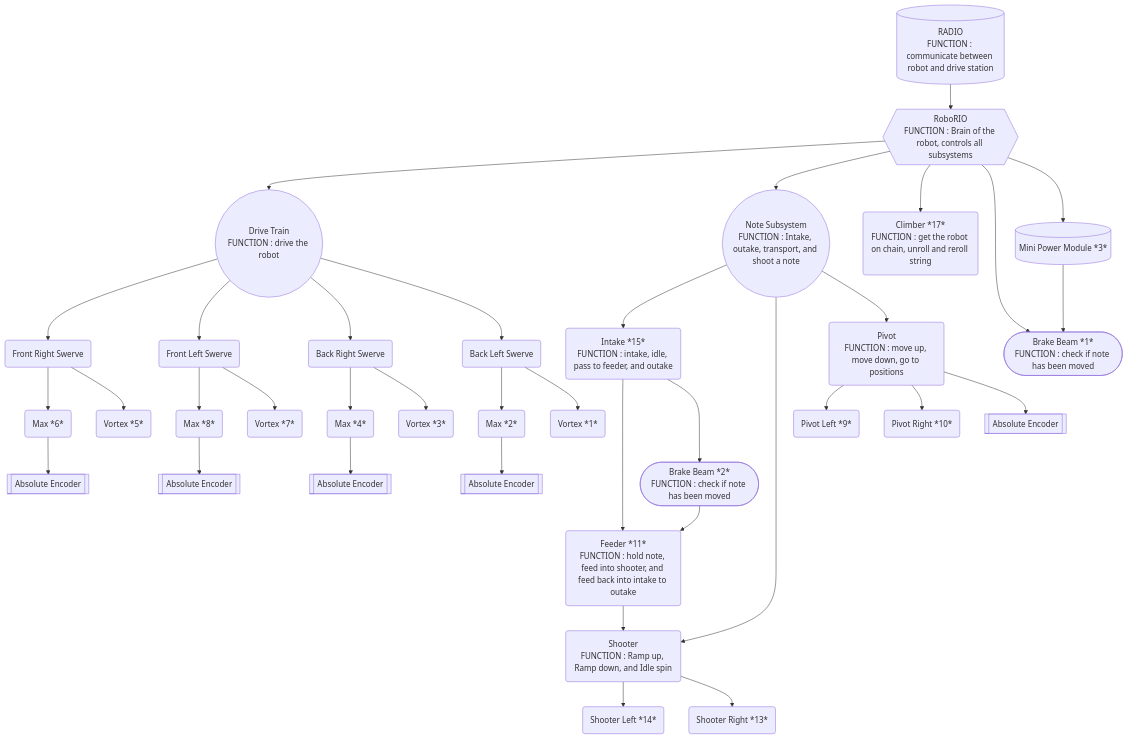
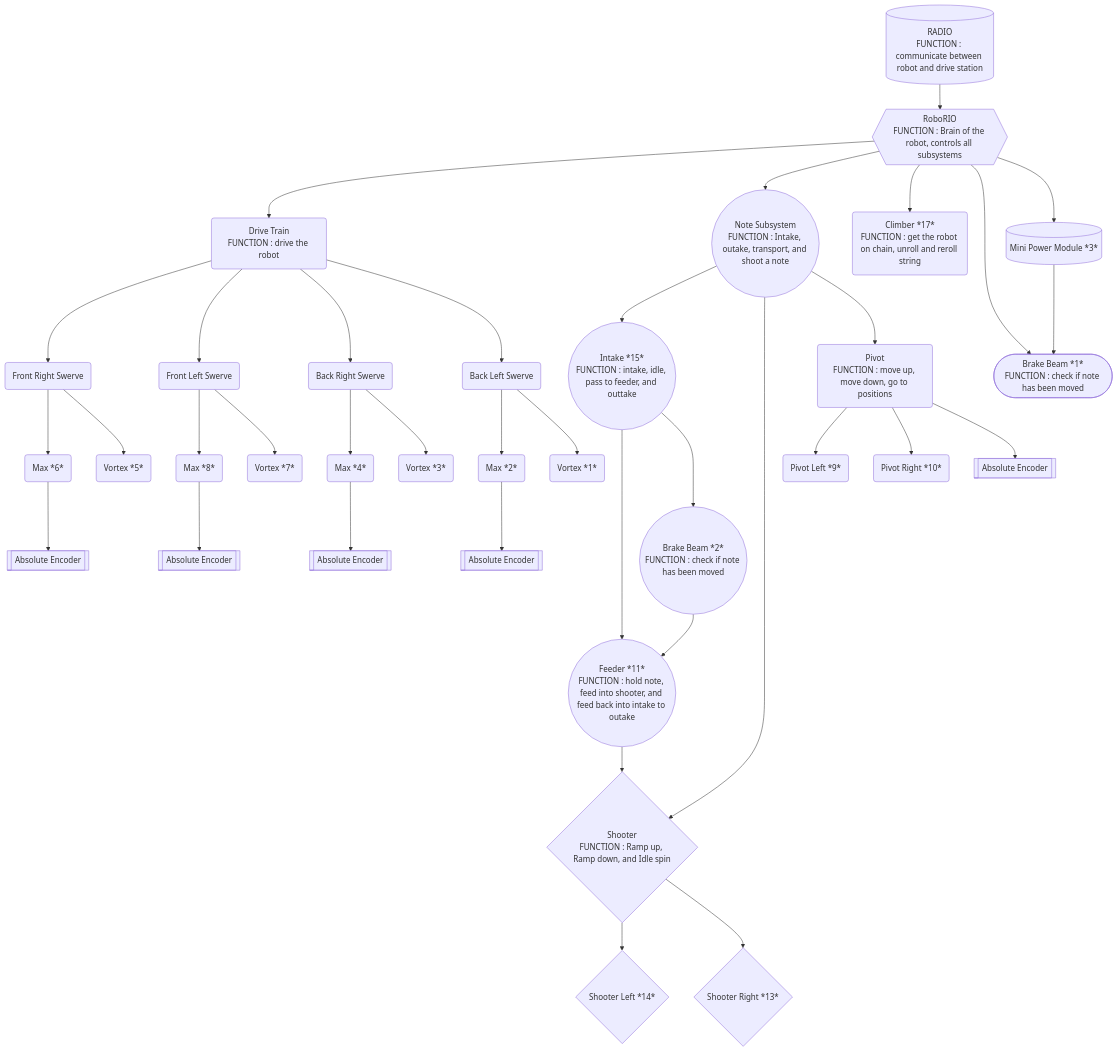
The diagram in tony_graphs.md (richardson-area-wide-robotics/Frc24-Crescendo-1745-OffSeason-AdvantageKit), drawn with Mermaid before and after one commit.

Commit message:
Group stuff

````diff
--- a/tony_graphs.md
+++ b/tony_graphs.md
@@ -1,49 +1,49 @@
 ```mermaid
 graph TD;
     RoboRIO{{RoboRIO
 FUNCTION : Brain of the robot, controls all subsystems}}-->DriveTrain;
-    DriveTrain((Drive Train
-FUNCTION : drive the robot ));
+    DriveTrain(Drive Train
+FUNCTION : drive the robot );
     RoboRIO-->NoteSubsystem((Note Subsystem
 FUNCTION : Intake, outake, transport, and shoot a note));
-    NoteSubsystem-->IntakeSystem(Intake *15*
-FUNCTION : intake, idle, pass to feeder, and outake);
-    NoteSubsystem-->ShooterSystem(Shooter
-FUNCTION : Ramp up, Ramp down, and Idle spin);
-    ShooterSystem-->ShooterLeft(Shooter Left *14*);
-    ShooterSystem-->ShooterRight(Shooter Right *13*);
+    NoteSubsystem-->IntakeSystem((Intake *15*
+FUNCTION : intake, idle, pass to feeder, and outtake));
+    NoteSubsystem-->ShooterSystem{Shooter
+FUNCTION : Ramp up, Ramp down, and Idle spin};
+    ShooterSystem-->ShooterLeft{Shooter Left *14*};
+    ShooterSystem-->ShooterRight{Shooter Right *13*};
     RoboRIO-->ClimberSystem(Climber *17*
 FUNCTION : get the robot on chain, unroll and reroll string);
-    IntakeSystem-->FeederSystem(Feeder *11*
-FUNCTION : hold note, feed into shooter, and feed back into intake to outake)-->ShooterSystem;
+    IntakeSystem-->FeederSystem((Feeder *11*
+FUNCTION : hold note, feed into shooter, and feed back into intake to outake))-->ShooterSystem;
     NoteSubsystem-->PivotSystem(Pivot
 FUNCTION : move up, move down, go to positions);
     PivotSystem-->PivotLeft(Pivot Left *9*);
     PivotSystem-->PivotRight(Pivot Right *10*);
     DriveTrain-->FrontRightSwerve(Front Right Swerve);
     DriveTrain-->FrontLeftSwerve(Front Left Swerve);
     DriveTrain-->BackRightSwerve(Back Right Swerve);
     DriveTrain-->BackLeftSwerve(Back Left Swerve);
     FrontRightSwerve-->MaxFR(Max *6*);
     FrontLeftSwerve-->MaxFL(Max *8*);
     BackRightSwerve-->MaxBR(Max *4*);
     BackLeftSwerve-->MaxBL(Max *2*);
     FrontRightSwerve-->VortexFR(Vortex *5*);
     FrontLeftSwerve-->VortexFL(Vortex *7*);
     BackRightSwerve-->VortexBR(Vortex *3*);
     BackLeftSwerve-->VortexBL(Vortex *1*);
     MaxFR-->EncoderFR[[Absolute Encoder]];
     MaxFL-->EncoderFL[[Absolute Encoder]];
     MaxBR-->EncoderBR[[Absolute Encoder]];
     MaxBL-->EncoderBL[[Absolute Encoder]];
     PivotSystem-->PivotEncoder[[Absolute Encoder]];
-    IntakeSystem--->BrakeBeamNote([Brake Beam *2*
-FUNCTION : check if note has been moved])-->FeederSystem;
+    IntakeSystem--->BrakeBeamNote((Brake Beam *2*
+FUNCTION : check if note has been moved))-->FeederSystem;
     RoboRIO-->ShooterBrakeBeam([Brake Beam *1*
 FUNCTION : check if note has been moved]);
     RoboRIO-->MiniPowerModule[(Mini Power Module *3*)]-->ShooterBrakeBeam;
     RADIO[(RADIO
 FUNCTION : communicate between robot and drive station)]-->RoboRIO;
 
 
 ```
````
